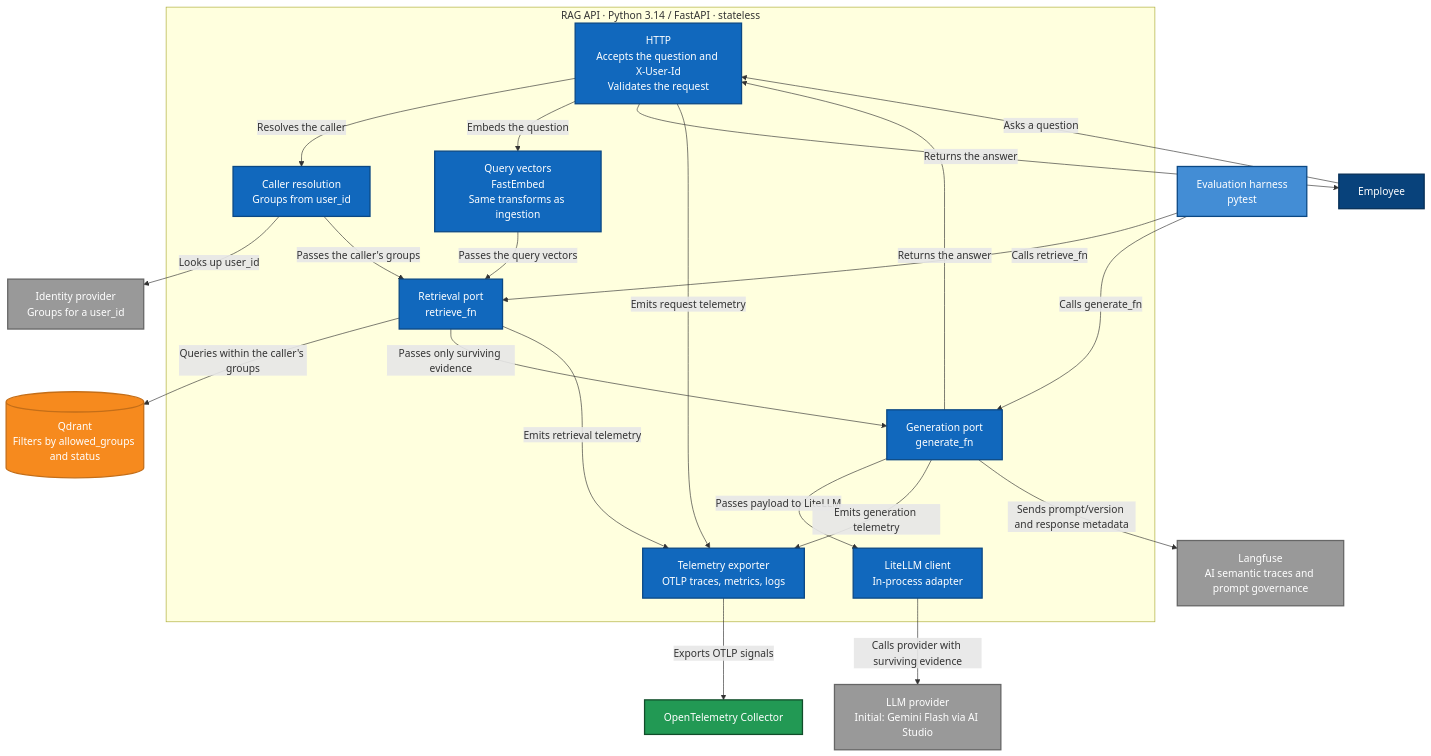
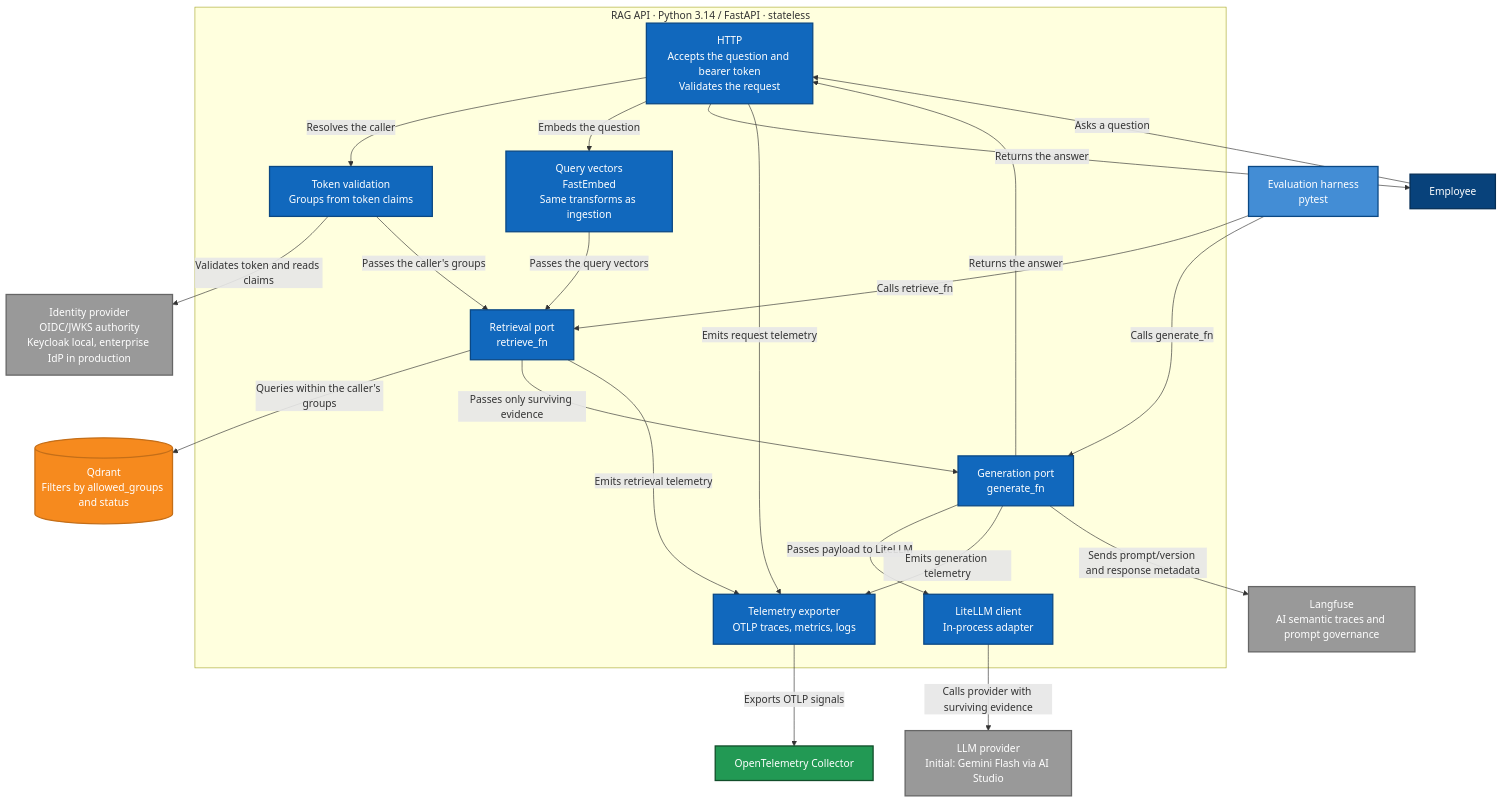
The diagram in docs/diagrams/04-api-components.md (hugolomar/rag-architecture-guide), drawn with Mermaid before and after one commit. The commit also changed other lines of this file and 29 other files, not shown here.

````diff
--- a/docs/diagrams/04-api-components.md
+++ b/docs/diagrams/04-api-components.md
@@ -11,55 +11,55 @@
 ```mermaid
 graph TD
   subgraph API["RAG API · Python 3.14 / FastAPI · stateless"]
-    HTTP["HTTP<br/>Accepts the question and X-User-Id<br/>Validates the request"]
-    Identity["Caller resolution<br/>Groups from user_id"]
+    HTTP["HTTP<br/>Accepts the question and bearer token<br/>Validates the request"]
+    Identity["Token validation<br/>Groups from token claims"]
     Vectors["Query vectors<br/>FastEmbed<br/>Same transforms as ingestion"]
     Retrieve["Retrieval port<br/>retrieve_fn"]
     Generate["Generation port<br/>generate_fn"]
     Gateway["LiteLLM client<br/>In-process adapter"]
     Telemetry["Telemetry exporter<br/>OTLP traces, metrics, logs"]
   end
 
   Employee["Employee"]
   Harness["Evaluation harness<br/>pytest"]
-  IdP["Identity provider<br/>Groups for a user_id"]
+  IdP["Identity provider<br/>OIDC/JWKS authority<br/>Keycloak local, enterprise IdP in production"]
   Qdrant[("Qdrant<br/>Filters by allowed_groups and status")]
   LLM["LLM provider<br/>Initial: Gemini Flash via AI Studio"]
   OTel["OpenTelemetry Collector"]
   LF["Langfuse<br/>AI semantic traces and prompt governance"]
 
   Employee -- "Asks a question" --> HTTP
   HTTP -- "Resolves the caller" --> Identity
-  Identity -- "Looks up user_id" --> IdP
+  Identity -- "Validates token and reads claims" --> IdP
   HTTP -- "Embeds the question" --> Vectors
   Identity -- "Passes the caller's groups" --> Retrieve
   Vectors -- "Passes the query vectors" --> Retrieve
   Retrieve -- "Queries within the caller's groups" --> Qdrant
   Retrieve -- "Passes only surviving evidence" --> Generate
   Generate -- "Passes payload to LiteLLM" --> Gateway
   Gateway -- "Calls provider with surviving evidence" --> LLM
   Generate -- "Returns the answer" --> HTTP
   HTTP -- "Returns the answer" --> Employee
   Harness -- "Calls retrieve_fn" --> Retrieve
   Harness -- "Calls generate_fn" --> Generate
   HTTP -- "Emits request telemetry" --> Telemetry
   Retrieve -- "Emits retrieval telemetry" --> Telemetry
   Generate -- "Emits generation telemetry" --> Telemetry
   Telemetry -- "Exports OTLP signals" --> OTel
   Generate -- "Sends prompt/version and response metadata" --> LF
 
   style HTTP fill:#1168bd,stroke:#0b4884,color:#ffffff,stroke-width:2px
   style Identity fill:#1168bd,stroke:#0b4884,color:#ffffff,stroke-width:2px
   style Vectors fill:#1168bd,stroke:#0b4884,color:#ffffff,stroke-width:2px
   style Retrieve fill:#1168bd,stroke:#0b4884,color:#ffffff,stroke-width:2px
   style Generate fill:#1168bd,stroke:#0b4884,color:#ffffff,stroke-width:2px
   style Gateway fill:#1168bd,stroke:#0b4884,color:#ffffff,stroke-width:2px
   style Telemetry fill:#1168bd,stroke:#0b4884,color:#ffffff,stroke-width:2px
   style Harness fill:#438dd5,stroke:#0b4884,color:#ffffff,stroke-width:2px
   style Employee fill:#08427b,stroke:#052e56,color:#ffffff,stroke-width:2px
   style IdP fill:#999999,stroke:#666666,color:#ffffff,stroke-width:2px
   style Qdrant fill:#f68a1e,stroke:#c46e18,color:#ffffff,stroke-width:2px
   style LLM fill:#999999,stroke:#666666,color:#ffffff,stroke-width:2px
   style OTel fill:#229954,stroke:#114d2a,color:#ffffff,stroke-width:2px
   style LF fill:#999999,stroke:#666666,color:#ffffff,stroke-width:2px
 ```
````
